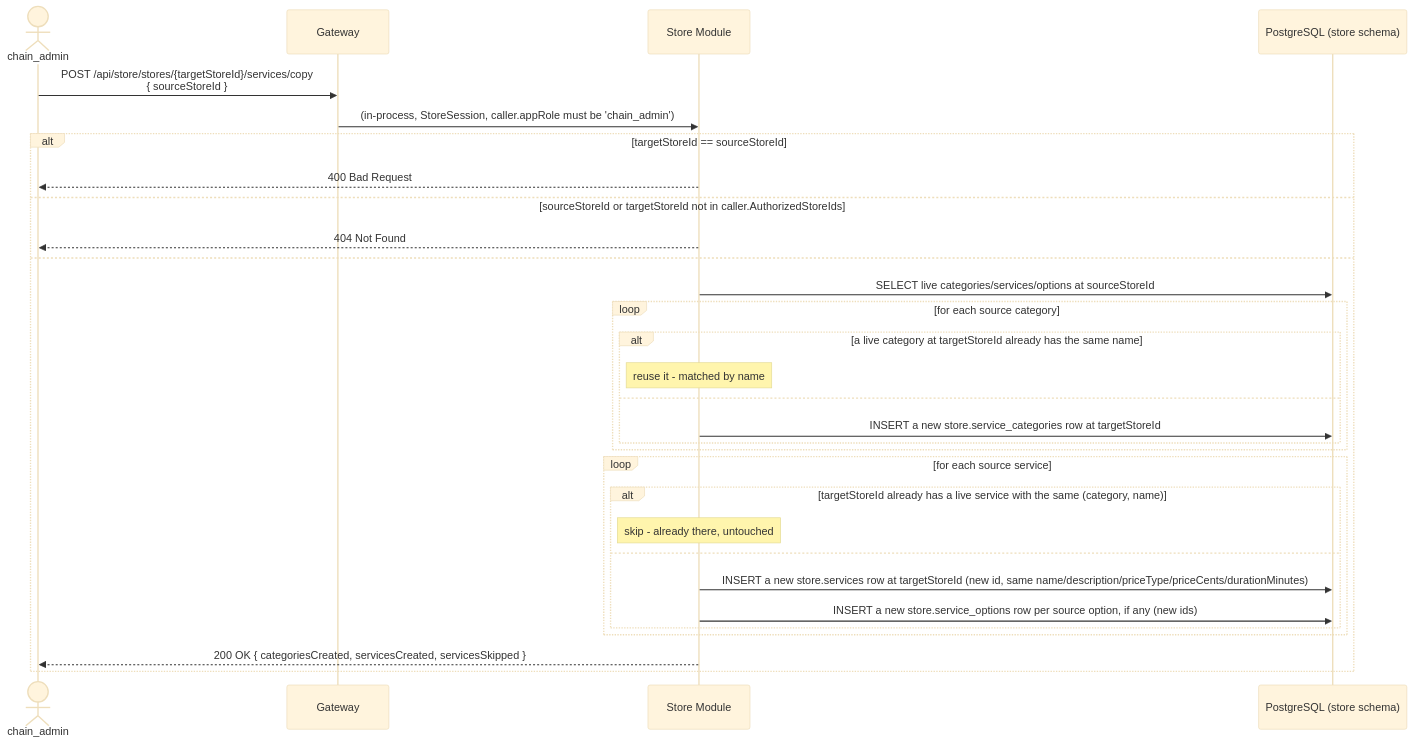
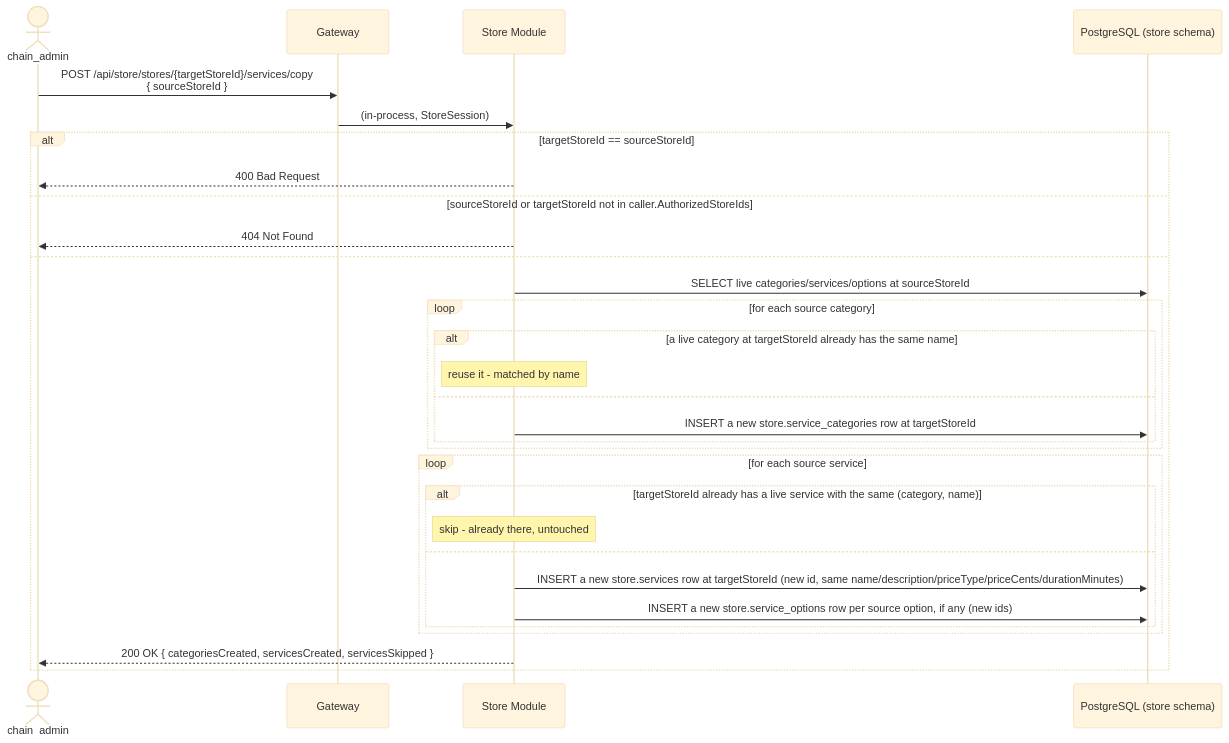
The diagram in usercasestudy/store-onboarding-v1-design.md (szhanggit/appointmentsystemdesign), drawn with Mermaid (base theme) before and after one commit. The commit also changed other lines of this file, not shown here.

Commit message:
the first item (§6.1 references) was already correct — fixed two turns ago; the second (copy-catalog's literal chain_admin role check contradicting §6's stated rule) was real and now fixed, with a note explaining both the contradiction and why the check was redundant in the first place (a store_admin's single-store AuthorizedStoreIds can never supply two distinct in-scope stores, so the existing scope check already excludes them without needing to know their role).

````diff
--- a/usercasestudy/store-onboarding-v1-design.md
+++ b/usercasestudy/store-onboarding-v1-design.md
@@ -417,33 +417,33 @@
 ```mermaid
 sequenceDiagram
     actor CA as chain_admin
     participant GW as Gateway
     participant SM as Store Module
     participant DB as PostgreSQL (store schema)
 
     CA->>GW: POST /api/store/stores/{targetStoreId}/services/copy<br/>{ sourceStoreId }
-    GW->>SM: (in-process, StoreSession, caller.appRole must be 'chain_admin')
+    GW->>SM: (in-process, StoreSession)
     alt targetStoreId == sourceStoreId
         SM-->>CA: 400 Bad Request
     else sourceStoreId or targetStoreId not in caller.AuthorizedStoreIds
         SM-->>CA: 404 Not Found
     else
         SM->>DB: SELECT live categories/services/options at sourceStoreId
         loop for each source category
             alt a live category at targetStoreId already has the same name
                 Note over SM: reuse it - matched by name
             else
                 SM->>DB: INSERT a new store.service_categories row at targetStoreId
             end
         end
         loop for each source service
             alt targetStoreId already has a live service with the same (category, name)
                 Note over SM: skip - already there, untouched
             else
                 SM->>DB: INSERT a new store.services row at targetStoreId (new id, same name/description/priceType/priceCents/durationMinutes)
                 SM->>DB: INSERT a new store.service_options row per source option, if any (new ids)
             end
         end
         SM-->>CA: 200 OK { categoriesCreated, servicesCreated, servicesSkipped }
     end
 ```
````
